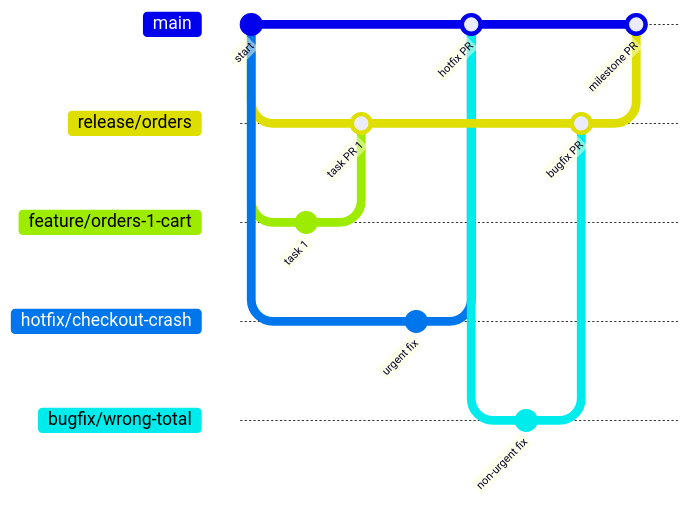
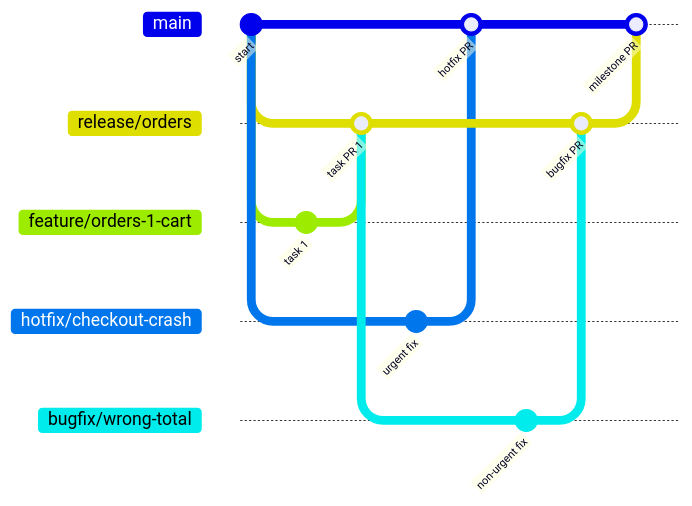
One commit to fbrissi/ai-skills changed the third of 7 diagrams in docs/delivery-flow.md. Above: the diagram before and after it, drawn with Mermaid. The commit also changed other lines of this file and 24 other files, not shown here.

````diff
--- a/docs/delivery-flow.md
+++ b/docs/delivery-flow.md
@@ -148,21 +148,22 @@
 ```mermaid
 gitGraph
   commit id: "start"
   branch release/orders
   checkout release/orders
   branch feature/orders-1-cart
   commit id: "task 1"
   checkout release/orders
   merge feature/orders-1-cart id: "task PR 1"
   checkout main
   branch hotfix/checkout-crash
   commit id: "urgent fix"
   checkout main
   merge hotfix/checkout-crash id: "hotfix PR"
+  checkout release/orders
   branch bugfix/wrong-total
   commit id: "non-urgent fix"
   checkout release/orders
   merge bugfix/wrong-total id: "bugfix PR"
   checkout main
   merge release/orders id: "milestone PR"
 ```
````
